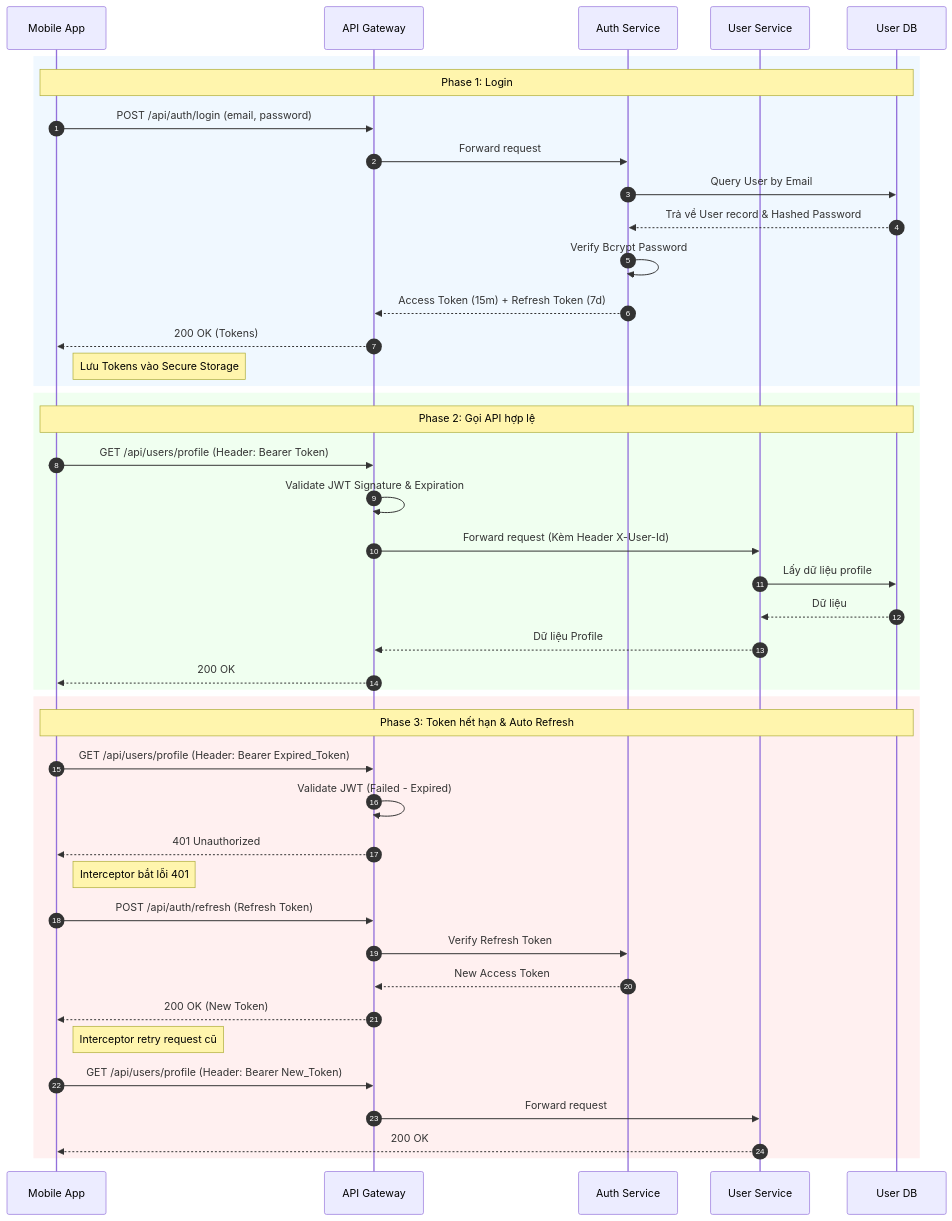
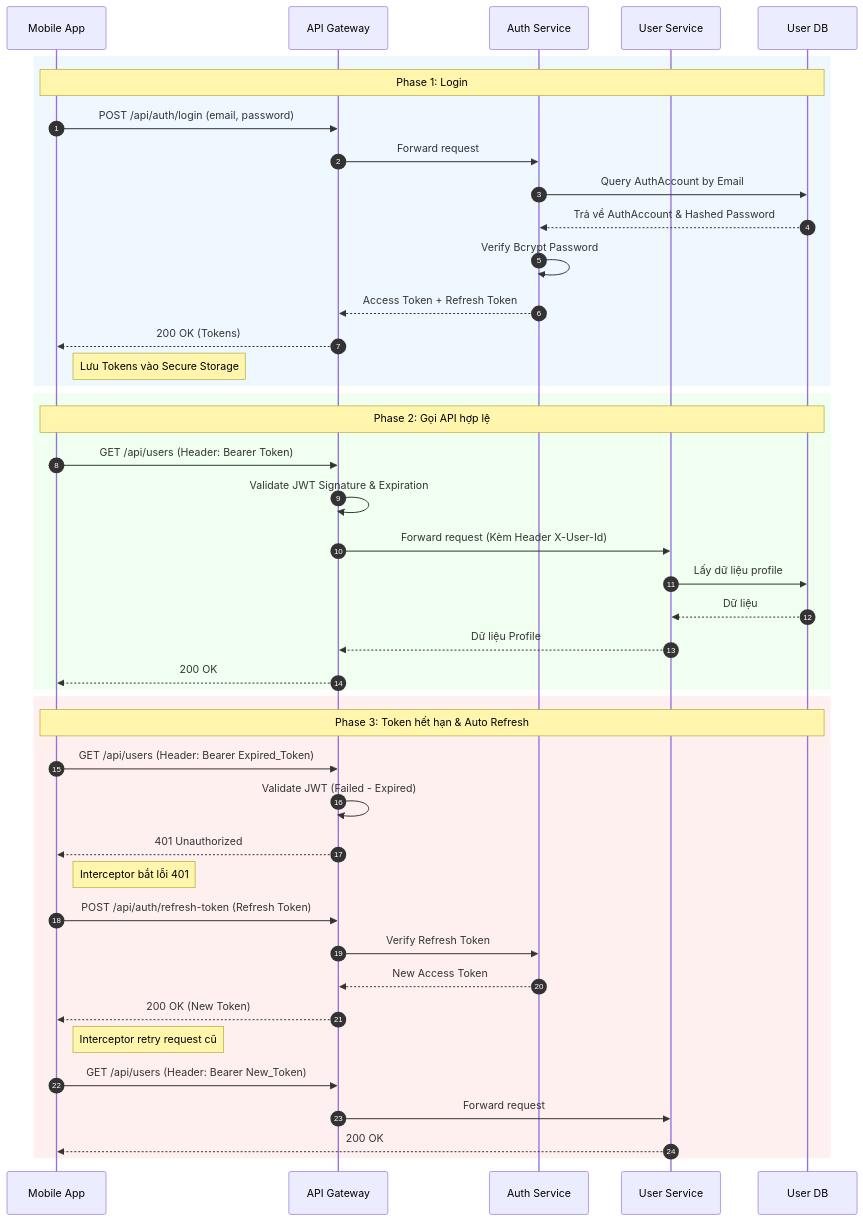
The diagram in docs/services/auth_and_users.md (hoanganhnth/delivery_backend), drawn with Mermaid before and after one commit. The commit also changed other lines of this file and 794 other files, not shown here.

````diff
--- a/docs/services/auth_and_users.md
+++ b/docs/services/auth_and_users.md
@@ -40,55 +62,55 @@
 ```mermaid
 sequenceDiagram
     autonumber
     participant App as Mobile App
     participant GW as API Gateway
     participant Auth as Auth Service
     participant User as User Service
     participant DB as User DB
 
     %% Đăng nhập ban đầu
     rect rgb(240, 248, 255)
         Note over App, DB: Phase 1: Login
         App->>GW: POST /api/auth/login (email, password)
         GW->>Auth: Forward request
-        Auth->>DB: Query User by Email
-        DB-->>Auth: Trả về User record & Hashed Password
+        Auth->>DB: Query AuthAccount by Email
+        DB-->>Auth: Trả về AuthAccount & Hashed Password
         Auth->>Auth: Verify Bcrypt Password
-        Auth-->>GW: Access Token (15m) + Refresh Token (7d)
+        Auth-->>GW: Access Token + Refresh Token
         GW-->>App: 200 OK (Tokens)
         Note right of App: Lưu Tokens vào Secure Storage
     end
 
     %% Gọi API thông thường
     rect rgb(240, 255, 240)
         Note over App, DB: Phase 2: Gọi API hợp lệ
-        App->>GW: GET /api/users/profile (Header: Bearer Token)
+        App->>GW: GET /api/users (Header: Bearer Token)
         GW->>GW: Validate JWT Signature & Expiration
         GW->>User: Forward request (Kèm Header X-User-Id)
         User->>DB: Lấy dữ liệu profile
         DB-->>User: Dữ liệu
         User-->>GW: Dữ liệu Profile
         GW-->>App: 200 OK
     end
 
     %% Gọi API khi Token hết hạn
     rect rgb(255, 240, 240)
         Note over App, DB: Phase 3: Token hết hạn & Auto Refresh
-        App->>GW: GET /api/users/profile (Header: Bearer Expired_Token)
+        App->>GW: GET /api/users (Header: Bearer Expired_Token)
         GW->>GW: Validate JWT (Failed - Expired)
         GW-->>App: 401 Unauthorized
         
         %% App bắt lỗi 401 và tự động gọi refresh
         Note right of App: Interceptor bắt lỗi 401
-        App->>GW: POST /api/auth/refresh (Refresh Token)
+        App->>GW: POST /api/auth/refresh-token (Refresh Token)
         GW->>Auth: Verify Refresh Token
         Auth-->>GW: New Access Token
         GW-->>App: 200 OK (New Token)
         
         %% Retry request ban đầu
         Note right of App: Interceptor retry request cũ
-        App->>GW: GET /api/users/profile (Header: Bearer New_Token)
+        App->>GW: GET /api/users (Header: Bearer New_Token)
         GW->>User: Forward request
         User-->>App: 200 OK
     end
 ```
````
